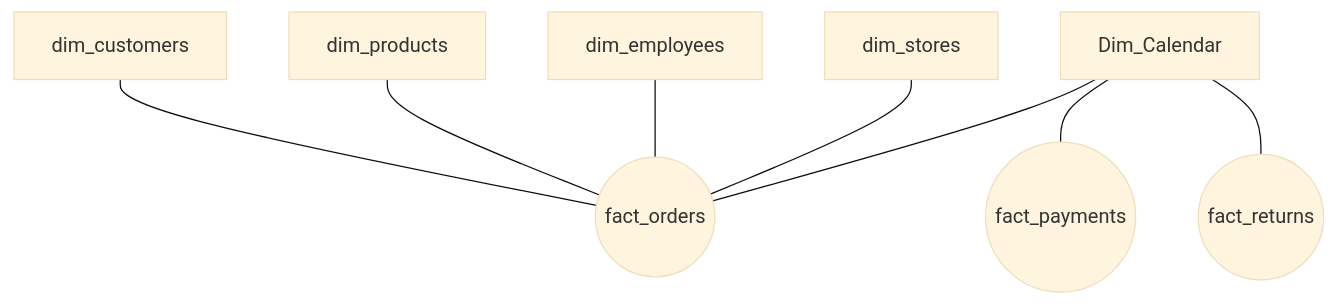
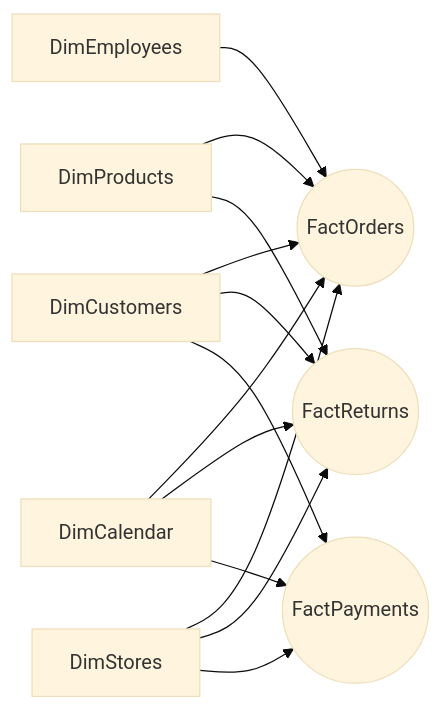
One commit to JeanEdinson/RetailOLTP-Project-Fabric changed the fourth of 5 diagrams in README.md. Above: the diagram before and after it, drawn with Mermaid (base theme). The commit also changed other lines of this file, not shown here.

````diff
--- a/README.md
+++ b/README.md
@@ -343,19 +483,15 @@
 ```mermaid
-flowchart TB
-    FO(("fact_orders"))
-    FP(("fact_payments"))
-    FR(("fact_returns"))
-    DC["dim_customers"]
-    DP["dim_products"]
-    DE["dim_employees"]
-    DS["dim_stores"]
-    CAL["Dim_Calendar"]
-
-    DC --- FO
-    DP --- FO
-    DE --- FO
-    DS --- FO
-    CAL --- FO
-    CAL --- FP
-    CAL --- FR
+flowchart LR
+    DC["DimCustomers"] --> FO(("FactOrders"))
+    DC --> FR(("FactReturns"))
+    DC --> FP(("FactPayments"))
+    CAL["DimCalendar"] --> FO
+    CAL --> FR
+    CAL --> FP
+    DP["DimProducts"] --> FO
+    DP --> FR
+    DE["DimEmployees"] --> FO
+    DS["DimStores"] --> FO
+    DS --> FR
+    DS --> FP
 ```
````
